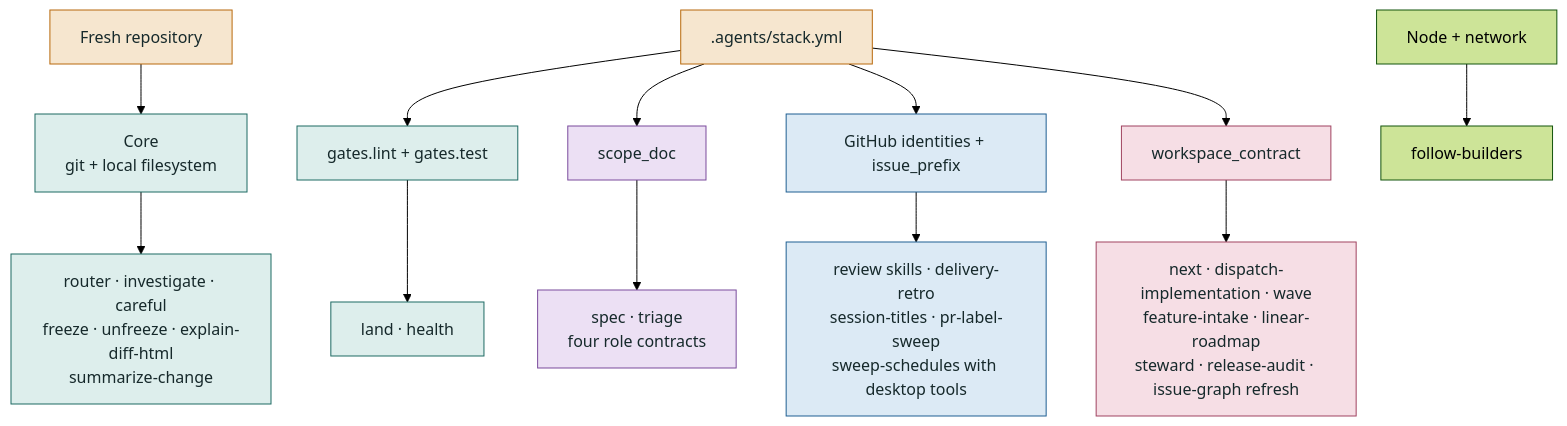
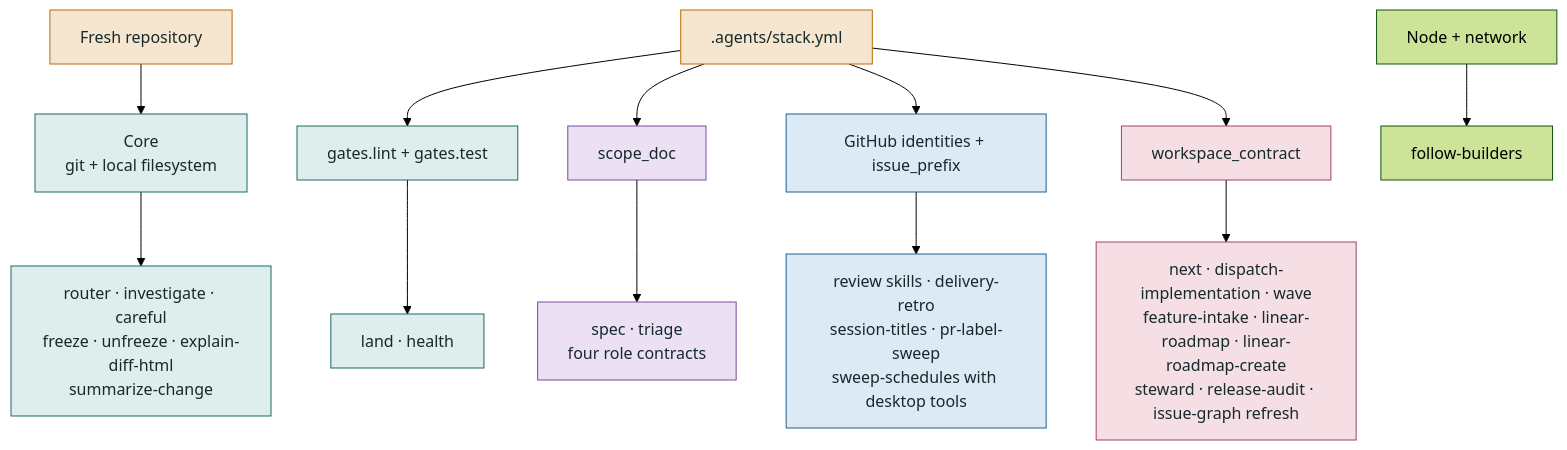
Before and after one commit to khalilouardini/kstack: the third of 5 diagrams in docs/skill-map.md, drawn with Mermaid (forest theme). The commit also changed other lines of this file and 15 other files, not shown here.

Commit message:
feat: add Linear roadmap creation with evals

````diff
--- a/docs/skill-map.md
+++ b/docs/skill-map.md
@@ -114,26 +115,26 @@
 ```mermaid
 flowchart TB
     fresh["Fresh repository"] --> core["Core<br/>git + local filesystem"]
     config[".agents/stack.yml"] --> gates["gates.lint + gates.test"]
     config --> scope["scope_doc"]
     config --> identities["GitHub identities + issue_prefix"]
     config --> workspace["workspace_contract"]
 
     core --> coreSkills["router · investigate · careful<br/>freeze · unfreeze · explain-diff-html<br/>summarize-change"]
     gates --> gatedCore["land · health"]
     scope --> roleSkills["spec · triage<br/>four role contracts"]
     identities --> githubSkills["review skills · delivery-retro<br/>session-titles · pr-label-sweep<br/>sweep-schedules with desktop tools"]
-    workspace --> linearSkills["next · dispatch-implementation · wave<br/>feature-intake · linear-roadmap<br/>steward · release-audit · issue-graph refresh"]
+    workspace --> linearSkills["next · dispatch-implementation · wave<br/>feature-intake · linear-roadmap · linear-roadmap-create<br/>steward · release-audit · issue-graph refresh"]
     runtime["Node + network"] --> externalSkills["follow-builders"]
 
     classDef source fill:#f6e6cf,stroke:#b8690c,color:#16292b
     classDef coreStyle fill:#ddeeec,stroke:#1d6a63,color:#16292b
     classDef rolesStyle fill:#ece0f4,stroke:#7a4b9c,color:#16292b
     classDef githubStyle fill:#dceaf5,stroke:#1f5f92,color:#16292b
     classDef linearStyle fill:#f6dee5,stroke:#a04360,color:#16292b
     class fresh,config source
     class core,gates,coreSkills,gatedCore coreStyle
     class scope,roleSkills rolesStyle
     class identities,githubSkills githubStyle
     class workspace,linearSkills linearStyle
 ```
````
